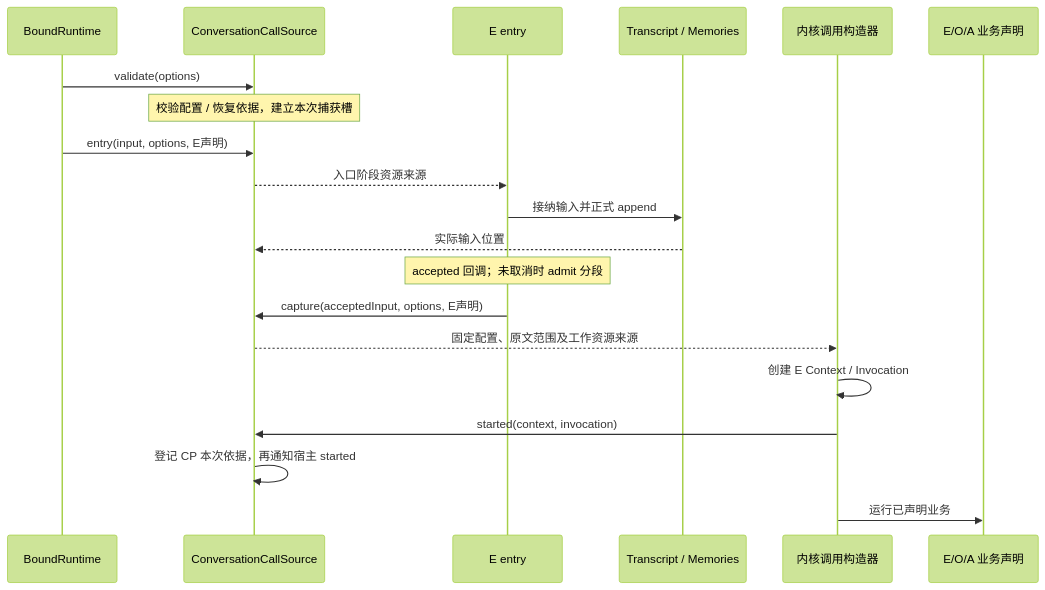
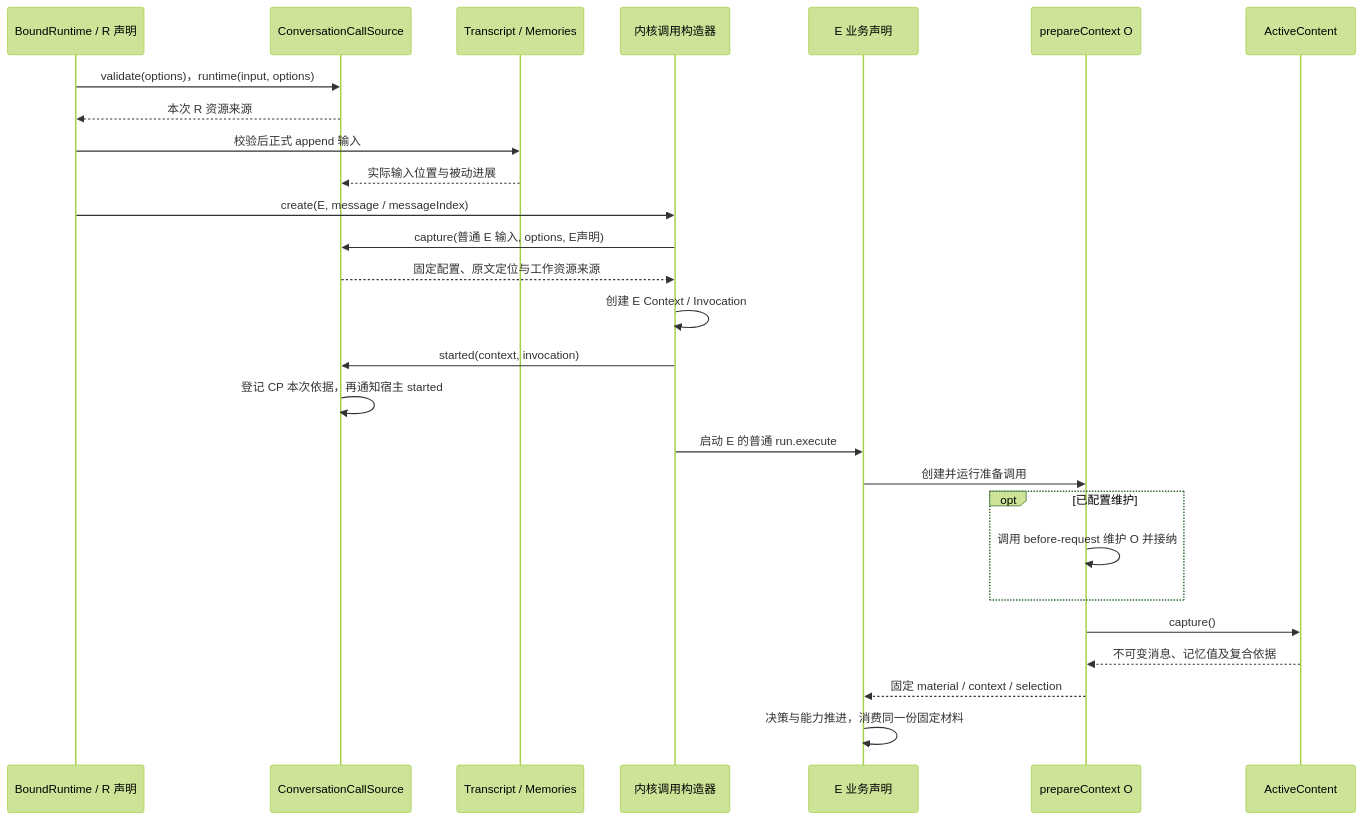
The second of 2 diagrams in docs/service-assembly.md (weiliang0121/capix), drawn with Mermaid (forest theme) before and after one commit. The commit also changed other lines of this file and 142 other files, not shown here.

Commit message:
refactor: separate execution input from active content maintenance

````diff
--- a/docs/service-assembly.md
+++ b/docs/service-assembly.md
@@ -76,22 +77,29 @@
 ```mermaid
 sequenceDiagram
-    participant R as BoundRuntime
+    participant R as BoundRuntime / R 声明
     participant Source as ConversationCallSource
-    participant Entry as E entry
     participant Entity as Transcript / Memories
     participant Build as 内核调用构造器
-    participant Work as E/O/A 业务声明
-    R->>Source: validate(options)
-    Note over Source: 校验配置 / 恢复依据，建立本次捕获槽
-    R->>Source: entry(input, options, E声明)
-    Source-->>Entry: 入口阶段资源来源
-    Entry->>Entity: 接纳输入并正式 append
-    Entity-->>Source: 实际输入位置
-    Note over Entry: accepted 回调；未取消时 admit 分段
-    Entry->>Source: capture(acceptedInput, options, E声明)
-    Source-->>Build: 固定配置、原文范围及工作资源来源
+    participant E as E 业务声明
+    participant Prep as prepareContext O
+    participant Active as ActiveContent
+    R->>Source: validate(options)，runtime(input, options)
+    Source-->>R: 本次 R 资源来源
+    R->>Entity: 校验后正式 append 输入
+    Entity-->>Source: 实际输入位置与被动进展
+    R->>Build: create(E, message / messageIndex)
+    Build->>Source: capture(普通 E 输入, options, E声明)
+    Source-->>Build: 固定配置、原文定位与工作资源来源
     Build->>Build: 创建 E Context / Invocation
     Build->>Source: started(context, invocation)
     Source->>Source: 登记 CP 本次依据，再通知宿主 started
-    Build->>Work: 运行已声明业务
+    Build->>E: 启动 E 的普通 run.execute
+    E->>Prep: 创建并运行准备调用
+    opt 已配置维护
+        Prep->>Prep: 调用 before-request 维护 O 并接纳
+    end
+    Prep->>Active: capture()
+    Active-->>Prep: 不可变消息、记忆值及复合依据
+    Prep-->>E: 固定 material / context / selection
+    E->>E: 决策与能力推进，消费同一份固定材料
 ```
````
